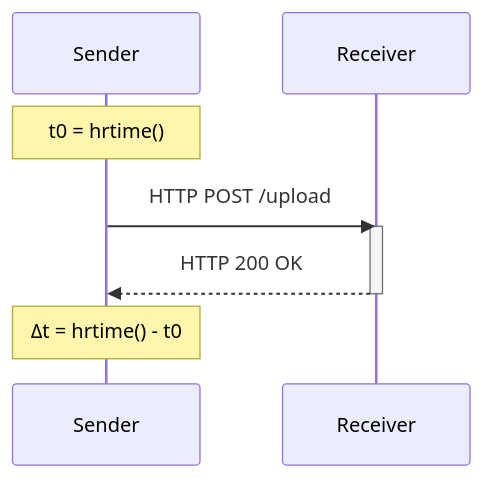
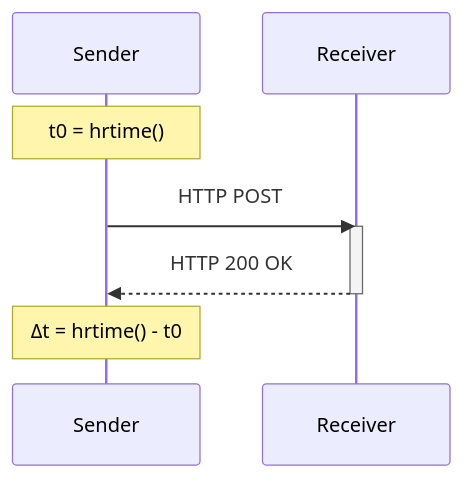
The first of 2 diagrams in Readme.md (justingebert/k8s-service-comms), drawn with Mermaid before and after one commit. The commit also changed other lines of this file and 4 other files, not shown here.

````diff
--- a/Readme.md
+++ b/Readme.md
@@ -27,12 +27,12 @@
 ```mermaid
 sequenceDiagram
     participant Sender
     participant Receiver
     
     Note over Sender: t0 = hrtime()
-    Sender->>Receiver: HTTP POST /upload
+    Sender->>Receiver: HTTP POST
     activate Receiver
     Receiver-->>Sender: HTTP 200 OK
     deactivate Receiver
     Note over Sender: Δt = hrtime() - t0
 ```
````
